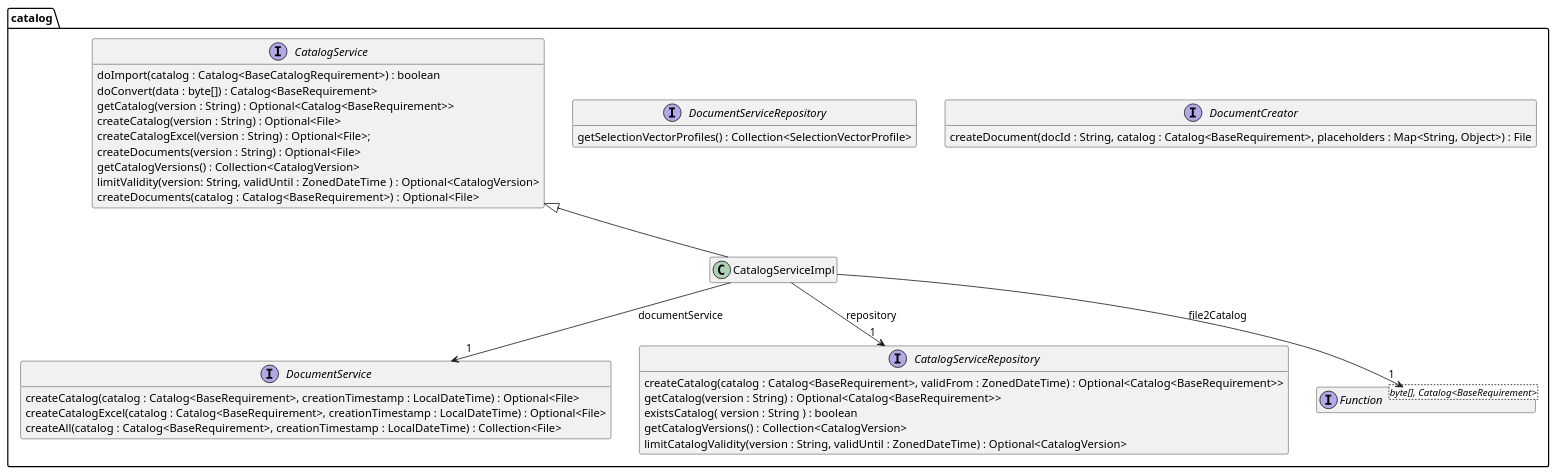
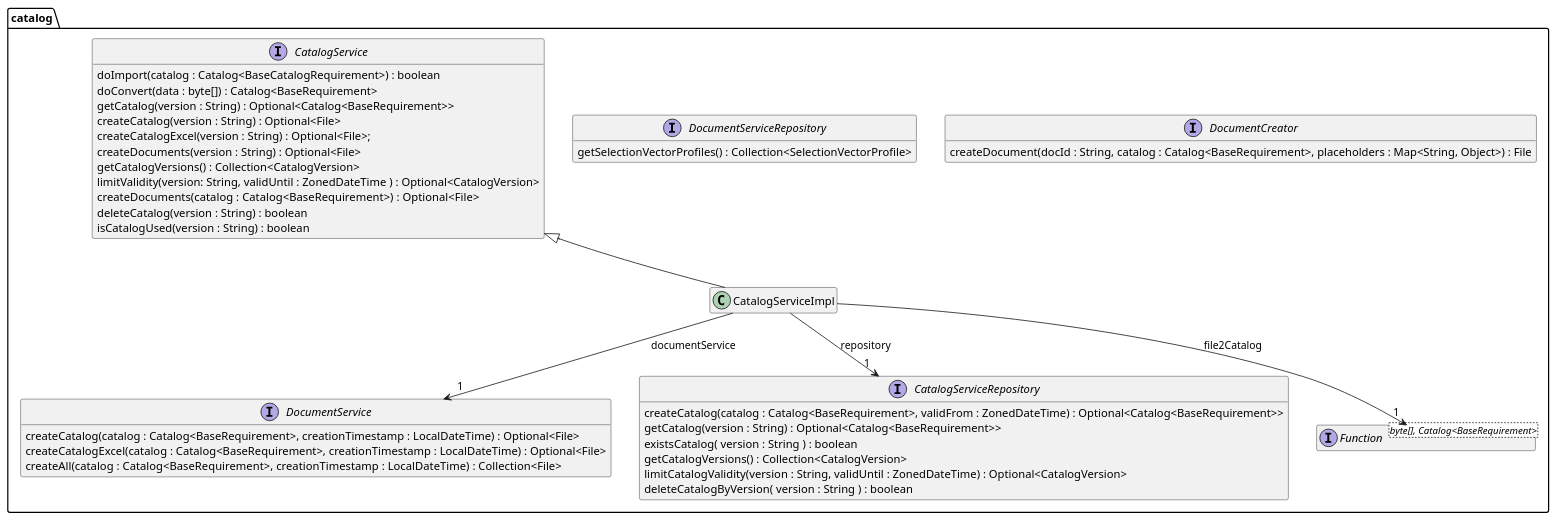
The diagram in src/site/arc42/plantuml/core/catalog/Ebene3.plantuml (tailoringexpert/platform), drawn with PlantUML before and after one commit. The commit also changed 21 other files, not shown here.

```diff
--- a/src/site/arc42/plantuml/core/catalog/Ebene3.plantuml
+++ b/src/site/arc42/plantuml/core/catalog/Ebene3.plantuml
@@ -1,53 +1,56 @@
 @startuml Ebene3.png
 hide empty members
 
 package catalog {
 
     interface DocumentCreator {
         createDocument(docId : String, catalog : Catalog<BaseRequirement>, placeholders : Map<String, Object>) : File
     }
 
     interface DocumentService {
         createCatalog(catalog : Catalog<BaseRequirement>, creationTimestamp : LocalDateTime) : Optional<File>
         createCatalogExcel(catalog : Catalog<BaseRequirement>, creationTimestamp : LocalDateTime) : Optional<File>
         createAll(catalog : Catalog<BaseRequirement>,  creationTimestamp : LocalDateTime) : Collection<File>
     }
 
     interface DocumentServiceRepository {
         getSelectionVectorProfiles() : Collection<SelectionVectorProfile>
     }
 
     interface CatalogService {
         doImport(catalog : Catalog<BaseCatalogRequirement>) : boolean
         doConvert(data : byte[]) : Catalog<BaseRequirement>
         getCatalog(version : String) : Optional<Catalog<BaseRequirement>>
         createCatalog(version : String) : Optional<File>
         createCatalogExcel(version : String) : Optional<File>;
         createDocuments(version : String) : Optional<File>
         getCatalogVersions() : Collection<CatalogVersion>
         limitValidity(version: String, validUntil : ZonedDateTime ) : Optional<CatalogVersion>
         createDocuments(catalog : Catalog<BaseRequirement>) :  Optional<File>
+        deleteCatalog(version : String) : boolean
+        isCatalogUsed(version : String) : boolean
     }
 
     interface CatalogServiceRepository {
         createCatalog(catalog : Catalog<BaseRequirement>, validFrom : ZonedDateTime) : Optional<Catalog<BaseRequirement>>
         getCatalog(version : String) : Optional<Catalog<BaseRequirement>>
         existsCatalog( version : String ) : boolean
         getCatalogVersions() : Collection<CatalogVersion>
         limitCatalogValidity(version : String, validUntil : ZonedDateTime) : Optional<CatalogVersion>
+        deleteCatalogByVersion( version : String ) : boolean
     }
 
     class CatalogServiceImpl {
     }
     CatalogService <|-- CatalogServiceImpl
     CatalogServiceImpl --> "1" CatalogServiceRepository : repository
     CatalogServiceImpl --> "1" DocumentService : documentService
     CatalogServiceImpl --> "1" file2Catalog : file2Catalog
 
     interface "Function<byte[], Catalog<BaseRequirement>>" as file2Catalog {
     }
 
 }
 
 
 @enduml
```
